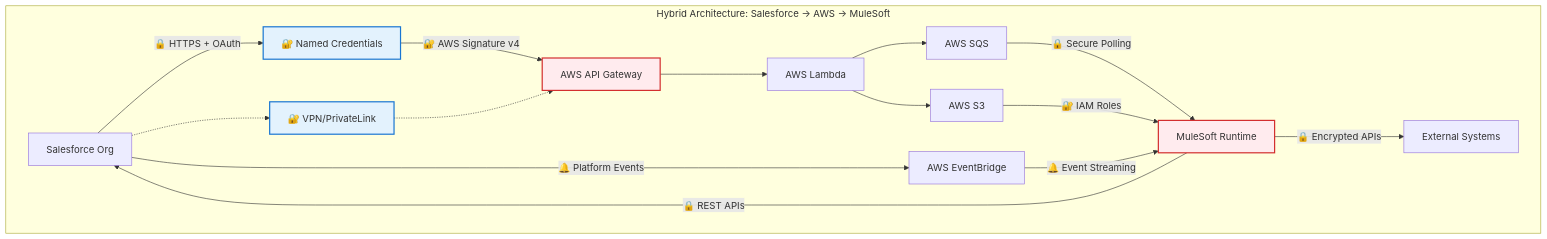
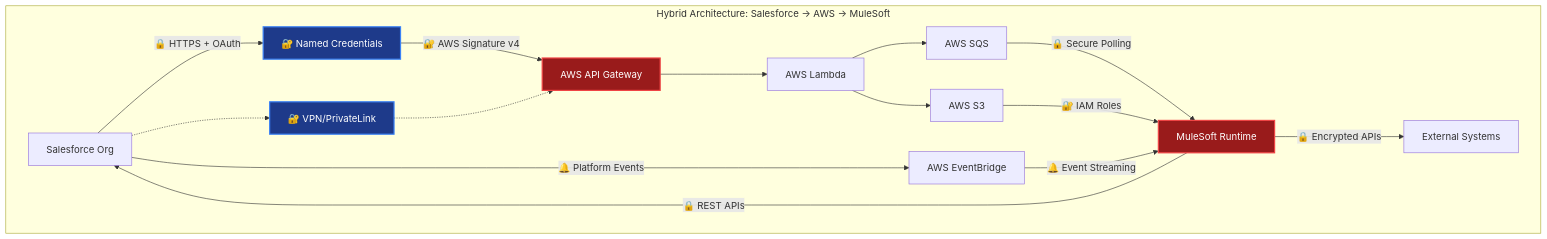
The third of 4 diagrams in salesforce-integration-architecture-patterns.md (arupsarkar-sfdc/Misc), drawn with Mermaid before and after one commit. The commit also changed other lines of this file and 4 other files, not shown here.

Commit message:
feat: addred segmentation logic and updated process diagrams and sequence diagram with dark mode colors and sequence steps

````diff
--- a/salesforce-integration-architecture-patterns.md
+++ b/salesforce-integration-architecture-patterns.md
@@ -90,35 +90,35 @@
 ```mermaid
 graph TB
     subgraph HYBRID["Hybrid Architecture: Salesforce → AWS → MuleSoft"]
         SF3[Salesforce Org]
         NC3["🔐 Named Credentials"]
         AG2[AWS API Gateway]
         L2[AWS Lambda]
         S3_2[AWS S3]
         SQS[AWS SQS]
         EB2[AWS EventBridge]
         MS2[MuleSoft Runtime]
         EXT[External Systems]
         VPN["🔐 VPN/PrivateLink"]
         
         SF3 -->|"🔒 HTTPS + OAuth"| NC3
         NC3 -->|"🔐 AWS Signature v4"| AG2
         AG2 --> L2
         L2 --> S3_2
         L2 --> SQS
         SF3 -->|"🔔 Platform Events"| EB2
         SQS -->|"🔒 Secure Polling"| MS2
         S3_2 -->|"🔐 IAM Roles"| MS2
         EB2 -->|"🔔 Event Streaming"| MS2
         MS2 -->|"🔒 Encrypted APIs"| EXT
         MS2 -->|"🔒 REST APIs"| SF3
         SF3 -.-> VPN
         VPN -.-> AG2
     end
     
-    classDef security fill:#ffebee,stroke:#d32f2f,stroke-width:2px
-    classDef auth fill:#e3f2fd,stroke:#1976d2,stroke-width:2px
+    classDef security fill:#991b1b,stroke:#ef4444,stroke-width:2px,color:#ffffff
+    classDef auth fill:#1e3a8a,stroke:#3b82f6,stroke-width:2px,color:#ffffff
     
     class NC3,VPN auth
     class AG2,MS2 security
 ```
````
